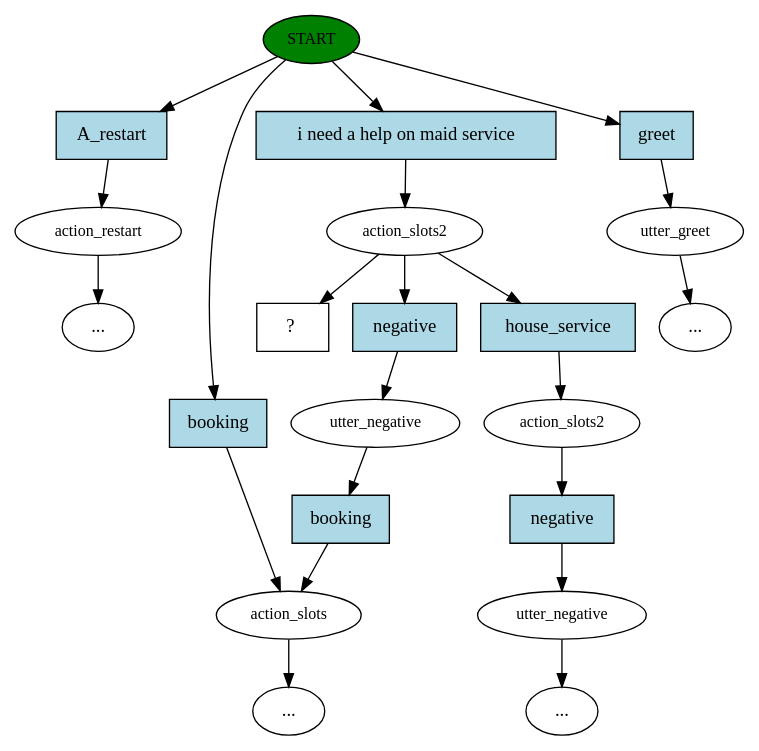
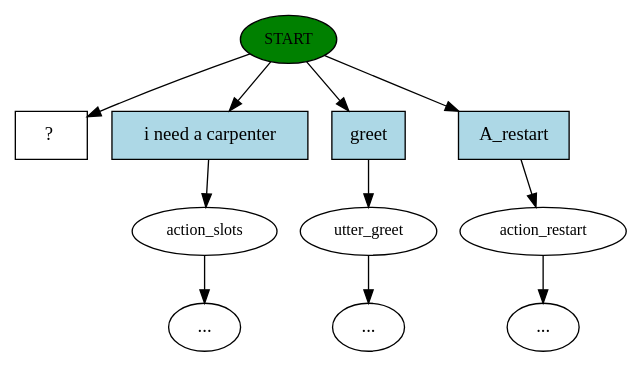
The diagram in story_graph.dot (shyam2718/NLP), drawn with Graphviz before and after one commit. The commit also changed 27 other files, not shown here.

```diff
--- a/story_graph.dot
+++ b/story_graph.dot
@@ -1,44 +1,23 @@
 digraph  {
 0 [label=START, fillcolor=green, style=filled, fontsize=12, class="start active"];
-1 [label=action_restart, fontsize=12, class=""];
-"-3" [label="...", class=ellipsis];
-2 [label=action_slots, fontsize=12, class=""];
-3 [label=action_slots2, fontsize=12, class=active];
-4 [label=utter_negative, fontsize=12, class=""];
-7 [label=action_slots2, fontsize=12, class=""];
-8 [label=utter_negative, fontsize=12, class=""];
-"-6" [label="...", class=ellipsis];
-10 [label=utter_greet, fontsize=12, class=""];
-"-11" [label="...", class=ellipsis];
+1 [label=action_slots, fontsize=12, class=""];
+2 [label=utter_greet, fontsize=12, class=""];
+6 [label=action_restart, fontsize=12, class=""];
+"-8" [label="...", class=ellipsis];
 "-12" [label="...", class=ellipsis];
-16 [label="  ?  ", shape=rect, class="intent dashed active"];
-17 [label=A_restart, shape=rect, style=filled, fillcolor=lightblue, class=intent];
-18 [label=booking, shape=rect, style=filled, fillcolor=lightblue, class=intent];
-19 [label="i need a help on maid service", shape=rect, style=filled, fillcolor=lightblue, class="intent active"];
-20 [label=greet, shape=rect, style=filled, fillcolor=lightblue, class=intent];
-21 [label=negative, shape=rect, style=filled, fillcolor=lightblue, class=intent];
-22 [label=house_service, shape=rect, style=filled, fillcolor=lightblue, class=intent];
-23 [label=booking, shape=rect, style=filled, fillcolor=lightblue, class=intent];
-24 [label=negative, shape=rect, style=filled, fillcolor=lightblue, class=intent];
-0 -> 17  [key=0, class=""];
-0 -> 18  [key=0, class=""];
-0 -> 19  [key=0, class=active];
-0 -> 20  [key=0, class=""];
-1 -> "-3"  [key=NONE, label="", class=""];
-2 -> "-11"  [key=NONE, label="", class=""];
-3 -> 16  [key=NONE, label="", class=active];
-3 -> 21  [key=0, class=""];
-3 -> 22  [key=0, class=""];
-4 -> 23  [key=0, class=""];
-7 -> 24  [key=0, class=""];
-8 -> "-6"  [key=NONE, label="", class=""];
-10 -> "-12"  [key=NONE, label="", class=""];
-17 -> 1  [key=0, class=""];
-18 -> 2  [key=0, class=""];
-19 -> 3  [key=0, class=active];
-20 -> 10  [key=0, class=""];
-21 -> 4  [key=0, class=""];
-22 -> 7  [key=0, class=""];
-23 -> 2  [key=0, class=""];
-24 -> 8  [key=0, class=""];
+"-14" [label="...", class=ellipsis];
+13 [label="  ?  ", shape=rect, class="intent dashed active"];
+14 [label="i need a carpenter", shape=rect, style=filled, fillcolor=lightblue, class=intent];
+15 [label=greet, shape=rect, style=filled, fillcolor=lightblue, class=intent];
+16 [label=A_restart, shape=rect, style=filled, fillcolor=lightblue, class=intent];
+0 -> 13  [key=NONE, label="", class=active];
+0 -> 14  [key=0, class=""];
+0 -> 15  [key=0, class=""];
+0 -> 16  [key=0, class=""];
+1 -> "-14"  [key=NONE, label="", class=""];
+2 -> "-12"  [key=NONE, label="", class=""];
+6 -> "-8"  [key=NONE, label="", class=""];
+14 -> 1  [key=0, class=""];
+15 -> 2  [key=0, class=""];
+16 -> 6  [key=0, class=""];
 }
```
